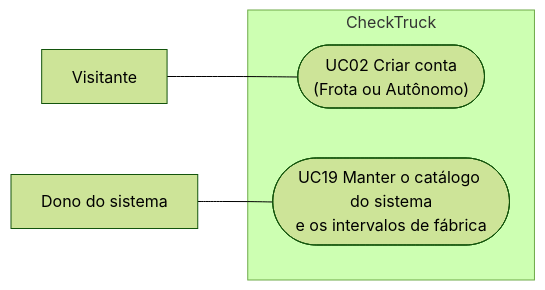
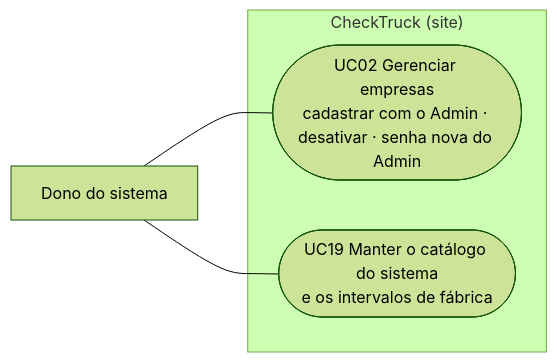
The fourth of 4 diagrams in docs/casos-de-uso.md (LeandroPoletti/CheckTruck), drawn with Mermaid (forest theme) before and after one commit. The commit also changed other lines of this file and 38 other files, not shown here.

Commit message:
Empresas cadastradas pelo dono do sistema e fim do Criar conta

````diff
--- a/docs/casos-de-uso.md
+++ b/docs/casos-de-uso.md
@@ -110,13 +110,12 @@
 ```mermaid
 flowchart LR
-    vis["Visitante"]
     dono["Dono do sistema"]
 
-    subgraph ct["CheckTruck"]
-        uc02(["UC02 Criar conta<br/>(Frota ou Autônomo)"])
+    subgraph ct["CheckTruck (site)"]
+        uc02(["UC02 Gerenciar empresas<br/>cadastrar com o Admin · desativar · senha nova do Admin"])
         uc19(["UC19 Manter o catálogo do sistema<br/>e os intervalos de fábrica"])
     end
 
-    vis --- uc02
+    dono --- uc02
     dono --- uc19
 ```
````
